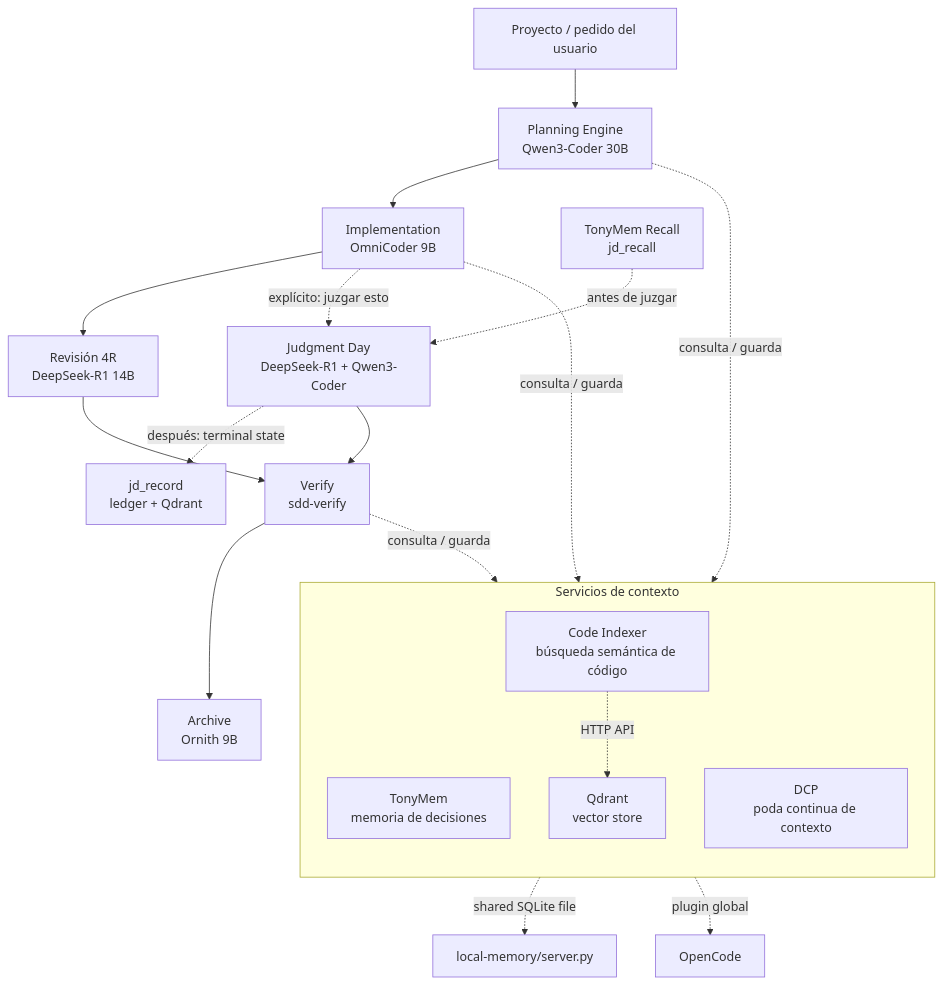
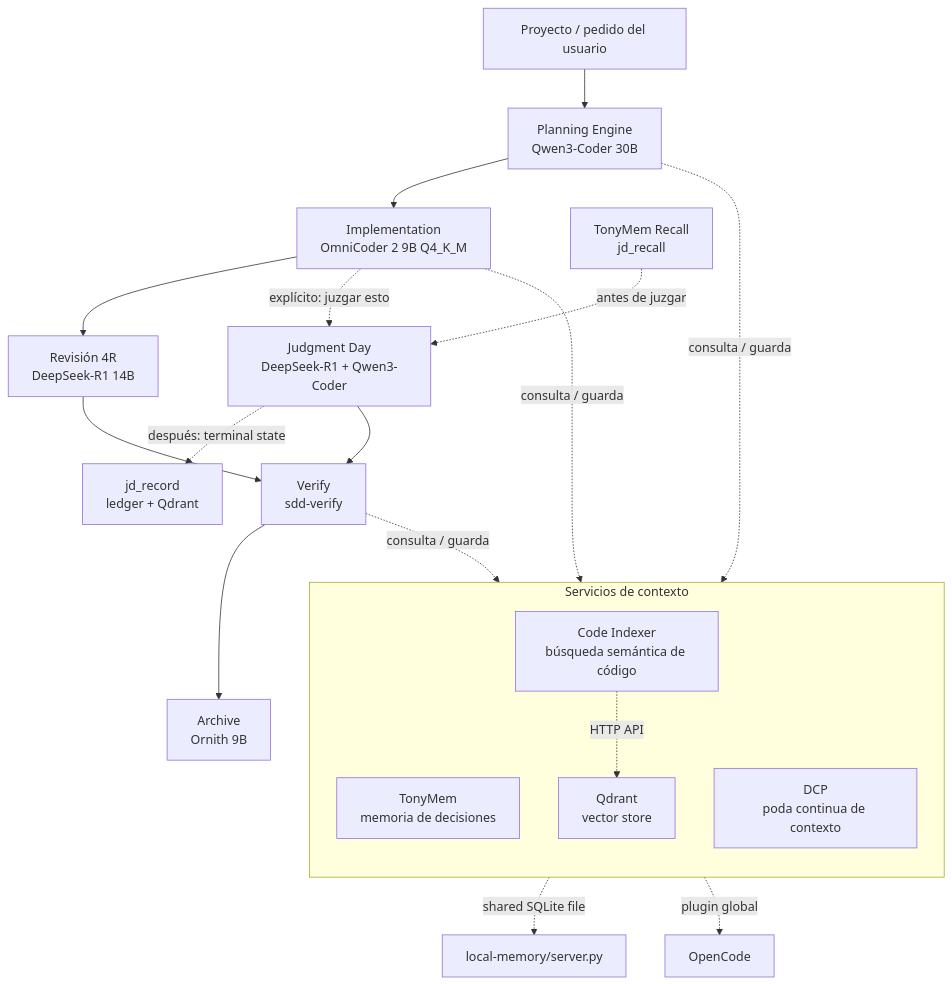
The first of 2 diagrams in README.md (gastoncelestino/tony-ai), drawn with Mermaid before and after one commit. The commit also changed other lines of this file, not shown here.

Commit message:
docs(models): document OmniCoder 2 9B Q4_K_M

````diff
--- a/README.md
+++ b/README.md
@@ -18,31 +18,31 @@
 ```mermaid
 flowchart TD
     U["Proyecto / pedido del usuario"] --> P["Planning Engine<br/>Qwen3-Coder 30B"]
-    P --> I["Implementation<br/>OmniCoder 9B"]
+    P --> I["Implementation<br/>OmniCoder 2 9B Q4_K_M"]
 
     I --> R4["Revisión 4R<br/>DeepSeek-R1 14B"]
     I -.->|"explícito: juzgar esto"| JD["Judgment Day<br/>DeepSeek-R1 + Qwen3-Coder"]
 
     JDM["TonyMem Recall<br/>jd_recall"] -.->|"antes de juzgar"| JD
     JD -.->|"después: terminal state"| JDR["jd_record<br/>ledger + Qdrant"]
 
     R4 --> V["Verify<br/>sdd-verify"]
     JD --> V
     V --> A["Archive<br/>Ornith 9B"]
 
     P -.->|"consulta / guarda"| CTX
     I -.->|"consulta / guarda"| CTX
     V -.->|"consulta / guarda"| CTX
 
     subgraph CTX["Servicios de contexto"]
         direction TB
         TM["TonyMem<br/>memoria de decisiones"]
         CI["Code Indexer<br/>búsqueda semántica de código"]
         QD["Qdrant<br/>vector store"]
         DCP["DCP<br/>poda continua de contexto"]
     end
 
     TM -.->|"shared SQLite file"| TM2["local-memory/server.py"]
     CI -.->|"HTTP API"| QD
     DCP -.->|"plugin global"| OC["OpenCode"]
 ```
````
